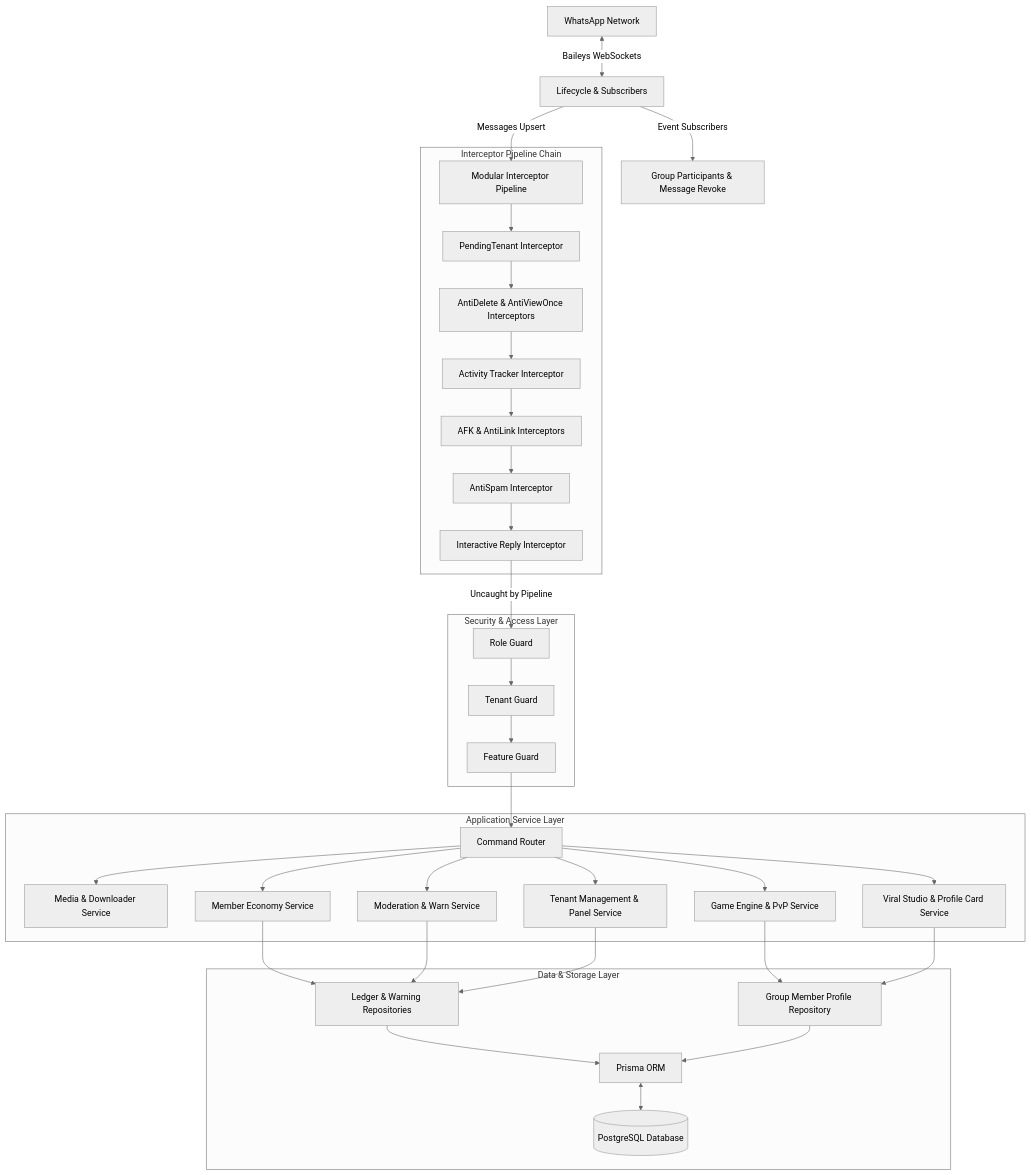
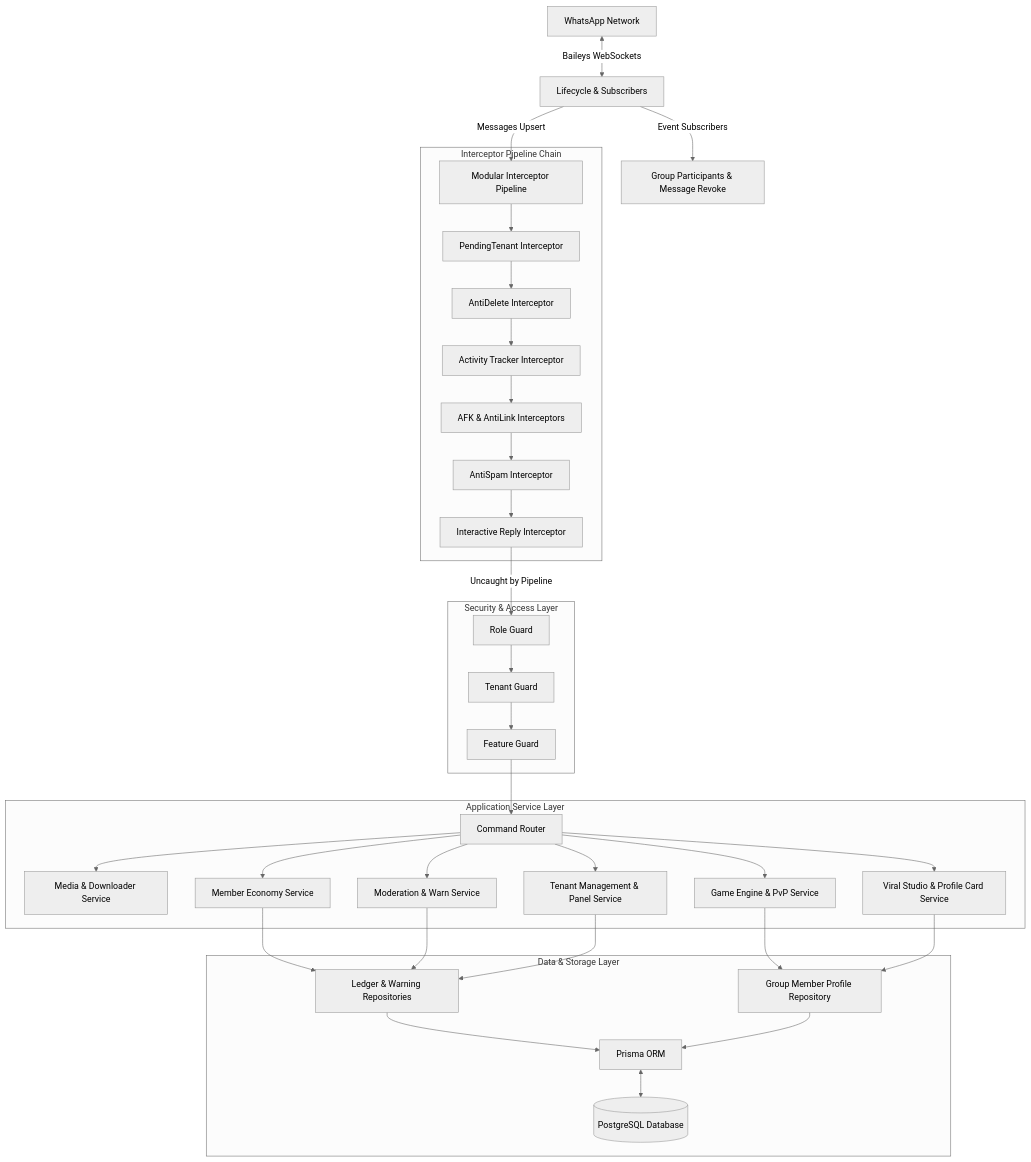
The diagram in README.md (AnthonyWisnu/MinjiBot), drawn with Mermaid (neutral theme) before and after one commit. The commit also changed other lines of this file and 22 other files, not shown here.

````diff
--- a/README.md
+++ b/README.md
@@ -87,38 +87,38 @@
 ```mermaid
 flowchart TD
     WA[WhatsApp Network] <--> |Baileys WebSockets| BL[Lifecycle & Subscribers]
     BL --> |Event Subscribers| ES[Group Participants & Message Revoke]
     BL --> |Messages Upsert| MIP[Modular Interceptor Pipeline]
     
     subgraph Interceptor Pipeline Chain
         MIP --> IP1[PendingTenant Interceptor]
-        IP1 --> IP2[AntiDelete & AntiViewOnce Interceptors]
+        IP1 --> IP2[AntiDelete Interceptor]
         IP2 --> IP3[Activity Tracker Interceptor]
         IP3 --> IP4[AFK & AntiLink Interceptors]
         IP4 --> IP5[AntiSpam Interceptor]
         IP5 --> IP6[Interactive Reply Interceptor]
     end
 
     subgraph Security & Access Layer
         IP6 --> |Uncaught by Pipeline| RG[Role Guard]
         RG --> TG[Tenant Guard]
         TG --> FG[Feature Guard]
     end
     
     subgraph Application Service Layer
         FG --> CR[Command Router]
         CR --> DS[Media & Downloader Service]
         CR --> VS[Viral Studio & Profile Card Service]
         CR --> MS[Moderation & Warn Service]
         CR --> ESV[Member Economy Service]
         CR --> GS[Game Engine & PvP Service]
         CR --> TS[Tenant Management & Panel Service]
     end
     
     subgraph Data & Storage Layer
         ESV & MS & TS --> RL[Ledger & Warning Repositories]
         GS & VS --> GP[Group Member Profile Repository]
         RL & GP --> PR[Prisma ORM]
         PR <--> PG[(PostgreSQL Database)]
     end
 ```
````
